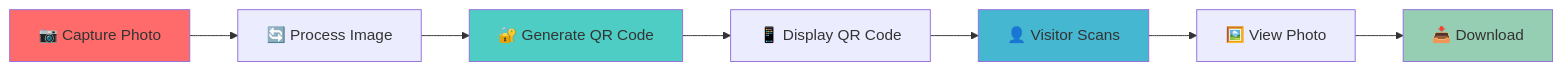
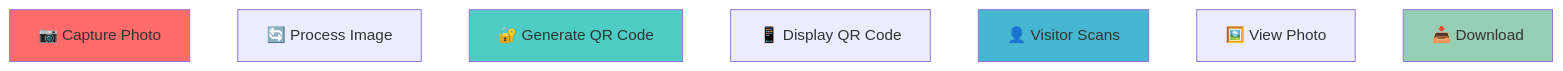
The diagram in README.md (sudeshkavinda550/qr-code-generator), drawn with Mermaid before and after one commit. The commit also changed other lines of this file, not shown here.

````diff
--- a/README.md
+++ b/README.md
@@ -70,14 +67,15 @@
 ```mermaid
-graph LR
-    A[📷 Capture Photo] --> B[🔄 Process Image]
-    B --> C[🔐 Generate QR Code]
-    C --> D[📱 Display QR Code]
-    D --> E[👤 Visitor Scans]
-    E --> F[🖼️ View Photo]
-    F --> G[📥 Download]
+graph TD
+    A[📷 Capture Photo]
+    B[🔄 Process Image]
+    C[🔐 Generate QR Code]
+    D[📱 Display QR Code]
+    E[👤 Visitor Scans]
+    F[🖼️ View Photo]
+    G[📥 Download]
     
     style A fill:#ff6b6b
     style C fill:#4ecdc4
     style E fill:#45b7d1
     style G fill:#96ceb4
 ```
````
